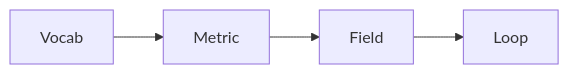
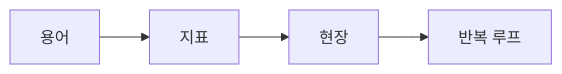
Before and after one commit to yeongseon-books/book-content: the diagram in content/data-science-career-101/ko/09-domain-expertise.md, drawn with Mermaid. The commit also changed other lines of this file and 9 other files, not shown here.

````diff
--- a/content/data-science-career-101/ko/09-domain-expertise.md
+++ b/content/data-science-career-101/ko/09-domain-expertise.md
@@ -33,6 +41,6 @@
 ```mermaid
 flowchart LR
-    V[Vocab] --> M[Metric]
-    M --> F[Field]
-    F --> L[Loop]
+    V[용어] --> M[지표]
+    M --> F[현장]
+    F --> L[반복 루프]
 ```
````
